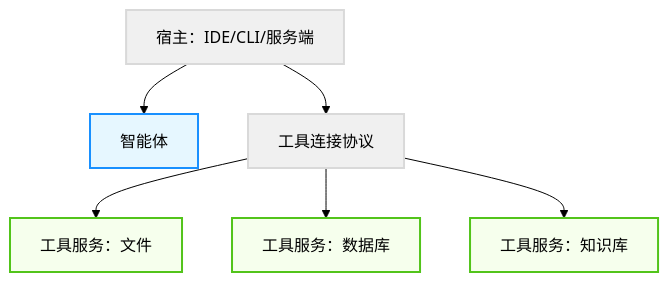
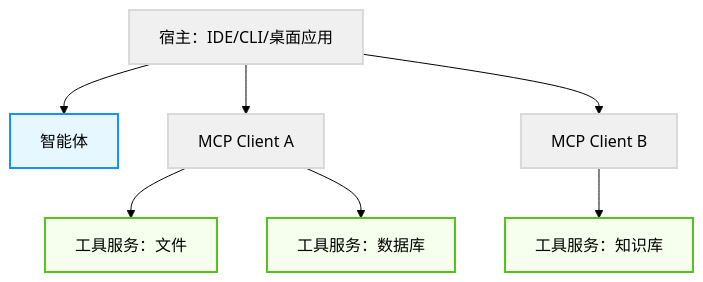
The diagram in 04_tools/4.3_mcp.md (yeasy/agentic_ai_guide), drawn with Mermaid (forest theme) before and after one commit. The commit also changed other lines of this file and 59 other files, not shown here.

````diff
--- a/04_tools/4.3_mcp.md
+++ b/04_tools/4.3_mcp.md
@@ -106,12 +106,13 @@
 ```mermaid
 graph TD
     classDef agent fill:#e6f7ff,stroke:#1890ff,stroke-width:2px;
     classDef tool fill:#f6ffed,stroke:#52c41a,stroke-width:2px;
     classDef system fill:#f0f0f0,stroke:#d9d9d9,stroke-width:2px;
 
-    Host[宿主：IDE/CLI/服务端]:::system --> Agent[智能体]:::agent
-    Host --> Protocol[工具连接协议]:::system
-    Protocol --> S1[工具服务：文件]:::tool
-    Protocol --> S2[工具服务：数据库]:::tool
-    Protocol --> S3[工具服务：知识库]:::tool
+    Host[宿主：IDE/CLI/桌面应用]:::system --> Agent[智能体]:::agent
+    Host --> C1[MCP Client A]:::system
+    Host --> C2[MCP Client B]:::system
+    C1 --> S1[工具服务：文件]:::tool
+    C1 --> S2[工具服务：数据库]:::tool
+    C2 --> S3[工具服务：知识库]:::tool
 ```
````
